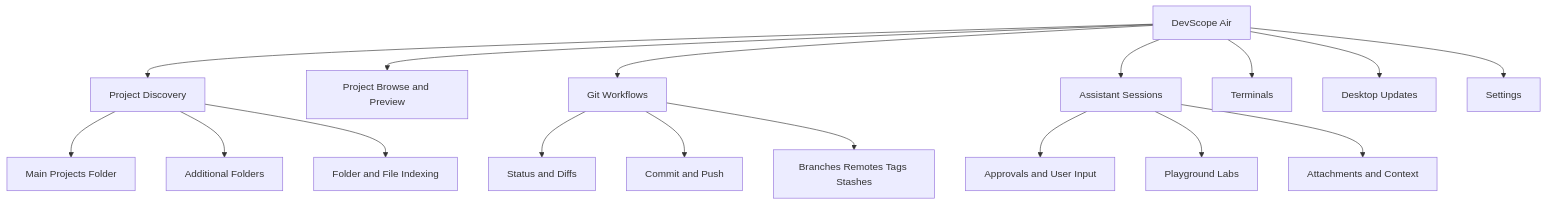
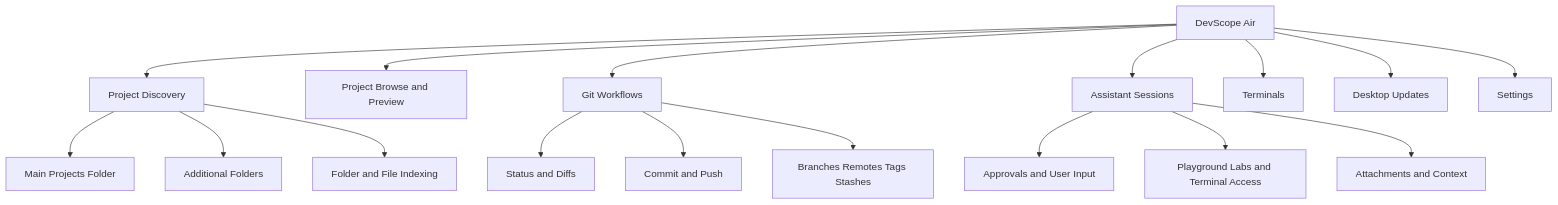
One commit to justelson/dev_scope changed the first of 2 diagrams in README.md. Above: the diagram before and after it, drawn with Mermaid. The commit also changed other lines of this file and 6 other files, not shown here.

````diff
--- a/README.md
+++ b/README.md
@@ -63,22 +63,22 @@
 ```mermaid
 graph TD
     A[DevScope Air] --> B[Project Discovery]
     A --> C[Project Browse and Preview]
     A --> D[Git Workflows]
     A --> E[Assistant Sessions]
     A --> F[Terminals]
     A --> G[Desktop Updates]
     A --> H[Settings]
 
     B --> B1[Main Projects Folder]
     B --> B2[Additional Folders]
     B --> B3[Folder and File Indexing]
 
     D --> D1[Status and Diffs]
     D --> D2[Commit and Push]
     D --> D3[Branches Remotes Tags Stashes]
 
     E --> E1[Approvals and User Input]
-    E --> E2[Playground Labs]
+    E --> E2[Playground Labs and Terminal Access]
     E --> E3[Attachments and Context]
 ```
````
